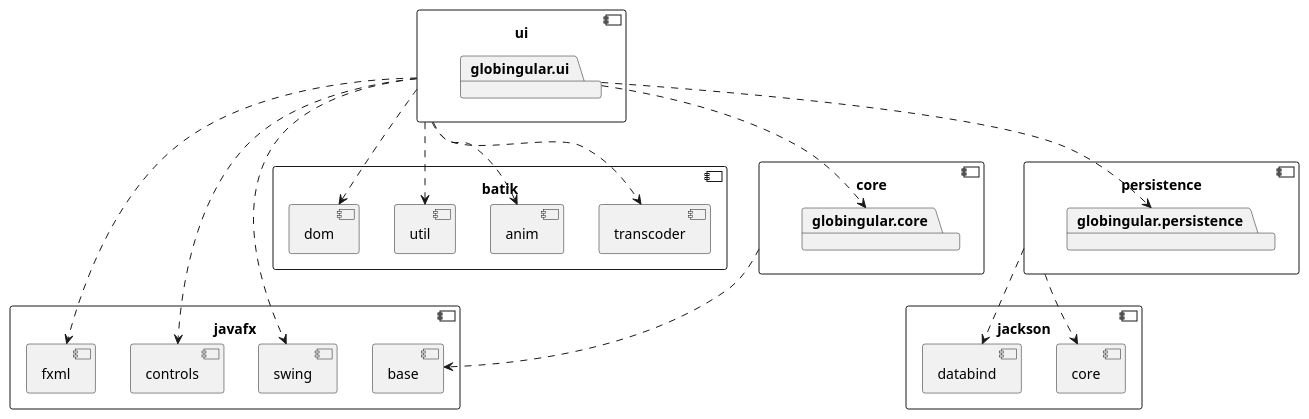
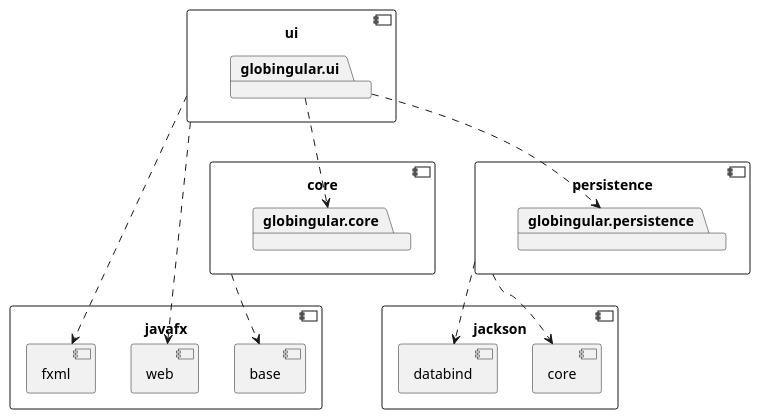
Before and after one commit to dotClique/globingular: the diagram in diagrams/modules.puml, drawn with PlantUML. The commit also changed 2 other files, not shown here.

Commit message:
Update module diagram and remove prerendered uml

```diff
--- a/diagrams/modules.puml
+++ b/diagrams/modules.puml
@@ -1,64 +1,44 @@
 @startuml modules
 
 component core {
 	package globingular.core
 }
 
 component persistence {
 	package globingular.persistence
 }
 
 component ui {
 	package globingular.ui
 }
 
 component jackson {
     component "core" as jackson.core {
     }
     component "databind" as jackson.databind {
     }
 }
 
 persistence ..> jackson.core
 persistence ..> jackson.databind
 
 
 
 globingular.ui ..> globingular.core
 globingular.ui ..> globingular.persistence
 
 component javafx {
 	component "fxml" as javafx.fxml {
     }
-    component "controls" as javafx.controls {
-    }
-    component "swing" as javafx.swing {
+    component "web" as javafx.web {
     }
     component "base" as javafx.base {
     }
 }
 
 'ui ..> javafx
 ui ..> javafx.fxml
-ui ..> javafx.controls
-ui ..> javafx.swing
+ui ..> javafx.web
 core ..> javafx.base
 
-component batik {
-    component "transcoder" as batik.transcoder {
-    }
-    component "anim" as batik.anim {
-    }
-    component "util" as batik.util {
-    }
-    component "dom" as batik.dom {
-    }
-}
-
-'ui ..> batik
-ui ..> batik.transcoder
-ui ..> batik.anim
-ui ..> batik.util
-ui ..> batik.dom
-
 @enduml
```
